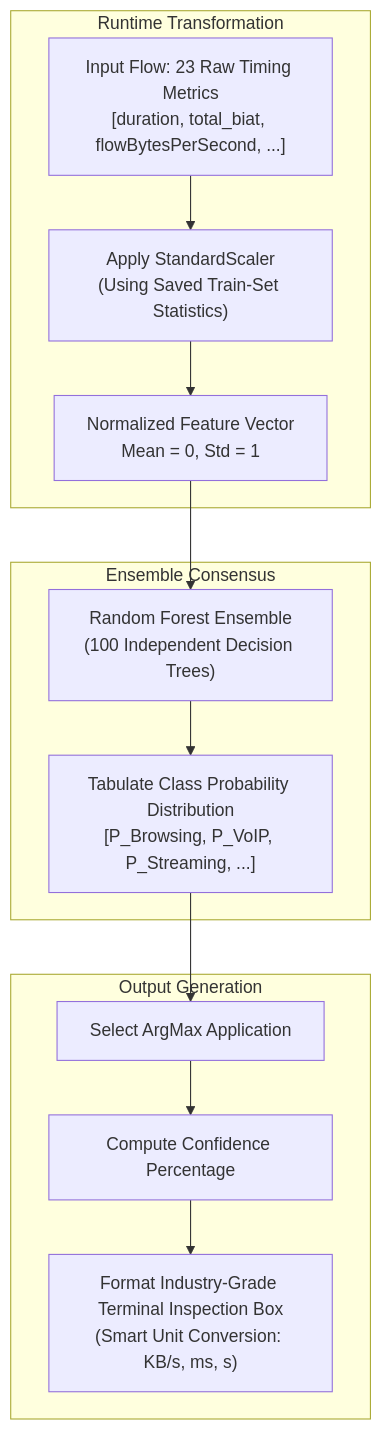
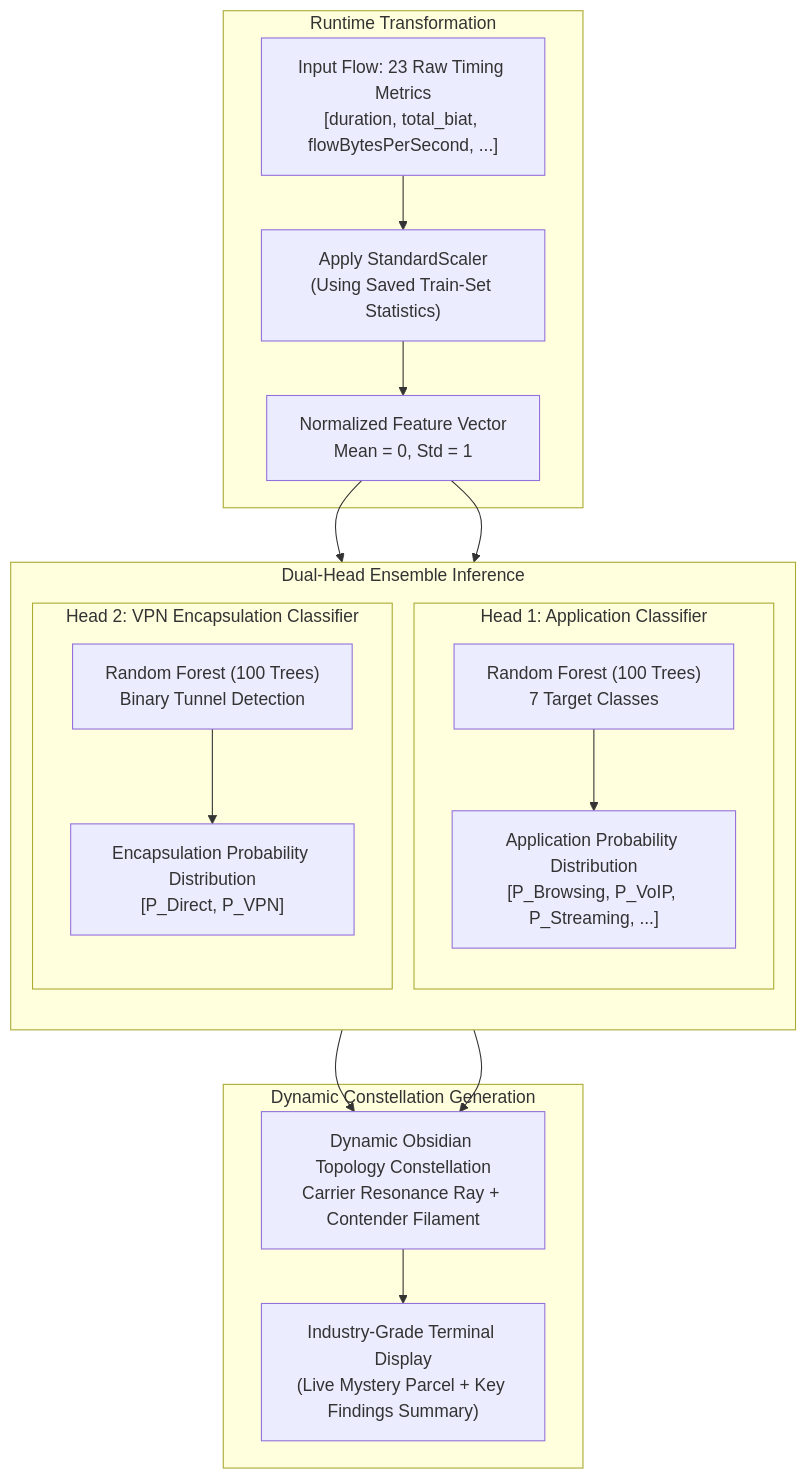
The sixth of 6 diagrams in README.md (OjasSingh1o1/Theoria), drawn with Mermaid before and after one commit. The commit also changed other lines of this file and 7 other files, not shown here.

````diff
--- a/README.md
+++ b/README.md
@@ -280,21 +279,33 @@
 ```mermaid
 flowchart TD
     Raw_Flow["Input Flow: 23 Raw Timing Metrics\n[duration, total_biat, flowBytesPerSecond, ...]"]
     
     subgraph Preprocessing_Inference["Runtime Transformation"]
         Scaler_Transform["Apply StandardScaler\n(Using Saved Train-Set Statistics)"]
         Scaled_Vector["Normalized Feature Vector\nMean = 0, Std = 1"]
         Raw_Flow --> Scaler_Transform --> Scaled_Vector
     end
 
-    subgraph Model_Inference["Ensemble Consensus"]
-        Scaled_Vector --> Forest["Random Forest Ensemble\n(100 Independent Decision Trees)"]
-        Forest --> Votes["Tabulate Class Probability Distribution\n[P_Browsing, P_VoIP, P_Streaming, ...]"]
+    subgraph Dual_Head_Inference["Dual-Head Ensemble Inference"]
+        direction TB
+        subgraph Head_1["Head 1: Application Classifier"]
+            Forest_App["Random Forest (100 Trees)\n7 Target Classes"]
+            Votes_App["Application Probability Distribution\n[P_Browsing, P_VoIP, P_Streaming, ...]"]
+            Forest_App --> Votes_App
+        end
+
+        subgraph Head_2["Head 2: VPN Encapsulation Classifier"]
+            Forest_VPN["Random Forest (100 Trees)\nBinary Tunnel Detection"]
+            Votes_VPN["Encapsulation Probability Distribution\n[P_Direct, P_VPN]"]
+            Forest_VPN --> Votes_VPN
+        end
+
+        Scaled_Vector --> Forest_App
+        Scaled_Vector --> Forest_VPN
     end
 
-    subgraph Decision_Output["Output Generation"]
-        Votes --> ArgMax["Select ArgMax Application"]
-        ArgMax --> Confidence["Compute Confidence Percentage"]
-        Confidence --> Display["Format Industry-Grade Terminal Inspection Box\n(Smart Unit Conversion: KB/s, ms, s)"]
+    subgraph Topology_Output["Dynamic Constellation Generation"]
+        Votes_App & Votes_VPN --> Topology["Dynamic Obsidian Topology Constellation\nCarrier Resonance Ray + Contender Filament"]
+        Topology --> Display["Industry-Grade Terminal Display\n(Live Mystery Parcel + Key Findings Summary)"]
     end
 ```
````
